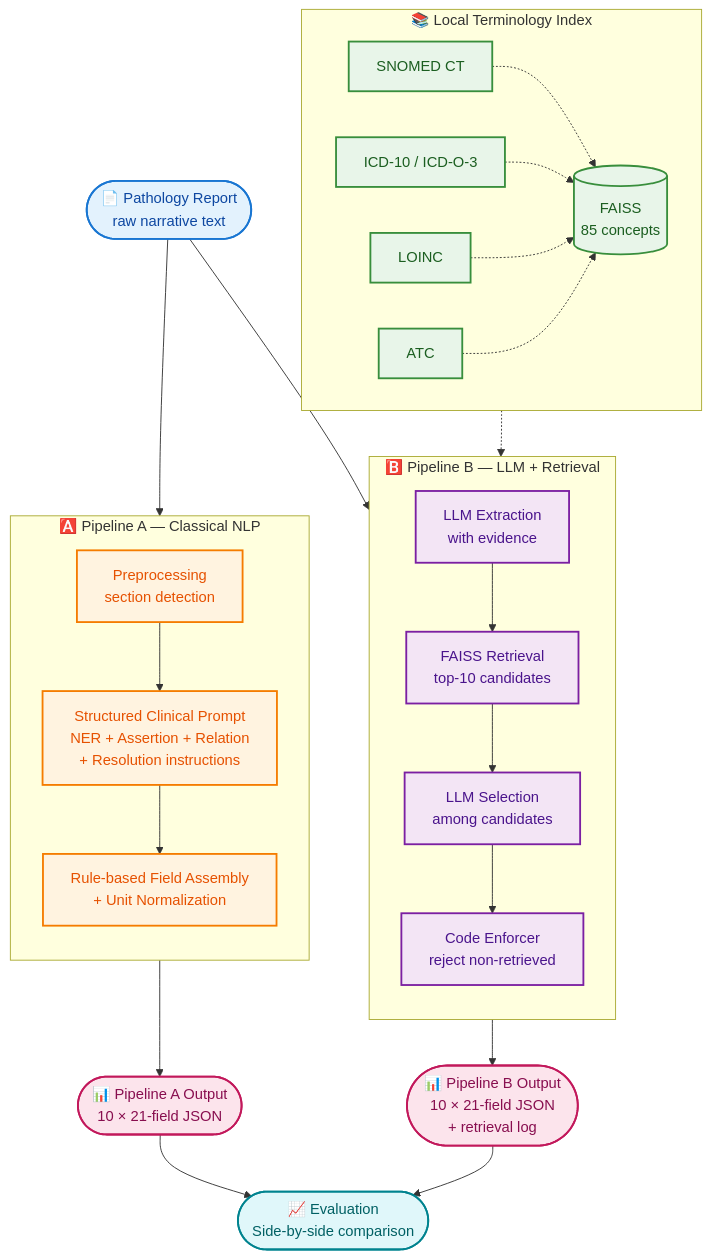
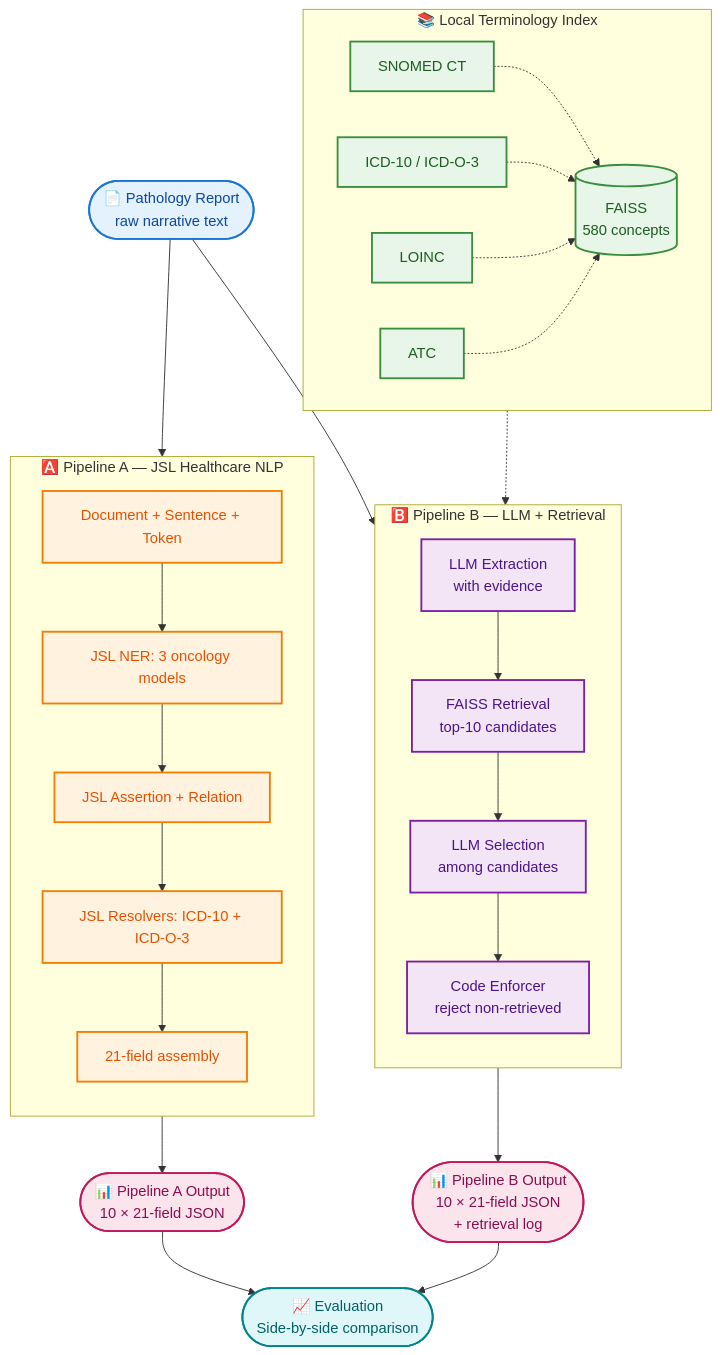
The diagram in SUBMISSION.md (Junaidchohan/Oncology_Registry_Extraction), drawn with Mermaid before and after one commit. The commit also changed other lines of this file and 2 other files, not shown here.

Commit message:
Update documentation for JSL architecture and setup requirements

````diff
--- a/SUBMISSION.md
+++ b/SUBMISSION.md
@@ -37,60 +40,60 @@
 ```mermaid
 flowchart TB
     Input([📄 Pathology Report<br/>raw narrative text])
 
-    subgraph A["🅰️ Pipeline A — Classical NLP"]
+    subgraph A["🅰️ Pipeline A — JSL Healthcare NLP"]
         direction TB
-        A1[Preprocessing<br/>section detection]
-        A2[Structured Clinical Prompt<br/>NER + Assertion + Relation<br/>+ Resolution instructions]
-        A3[Rule-based Field Assembly<br/>+ Unit Normalization]
-        A1 --> A2 --> A3
+        A1[Document + Sentence + Token] --> A2[JSL NER: 3 oncology models]
+        A2 --> A3[JSL Assertion + Relation]
+        A3 --> A4[JSL Resolvers: ICD-10 + ICD-O-3]
+        A4 --> A5[21-field assembly]
     end
 
     subgraph B["🅱️ Pipeline B — LLM + Retrieval"]
         direction TB
         B1[LLM Extraction<br/>with evidence]
         B2[FAISS Retrieval<br/>top-10 candidates]
         B3[LLM Selection<br/>among candidates]
         B4[Code Enforcer<br/>reject non-retrieved]
         B1 --> B2 --> B3 --> B4
     end
 
     subgraph T["📚 Local Terminology Index"]
         direction LR
-        T1[(FAISS<br/>85 concepts)]
+        T1[(FAISS<br/>580 concepts)]
         T2[SNOMED CT]
         T3[ICD-10 / ICD-O-3]
         T4[LOINC]
         T5[ATC]
         T2 -.-> T1
         T3 -.-> T1
         T4 -.-> T1
         T5 -.-> T1
     end
 
     OutA([📊 Pipeline A Output<br/>10 × 21-field JSON])
     OutB([📊 Pipeline B Output<br/>10 × 21-field JSON<br/>+ retrieval log])
     Eval([📈 Evaluation<br/>Side-by-side comparison])
 
     Input --> A1
     Input --> B1
     T1 -.-> B2
-    A3 --> OutA
+    A5 --> OutA
     B4 --> OutB
     OutA --> Eval
     OutB --> Eval
 
     classDef inputStyle fill:#e3f2fd,stroke:#1976d2,stroke-width:2px,color:#0d47a1
     classDef pAStyle fill:#fff3e0,stroke:#f57c00,stroke-width:2px,color:#e65100
     classDef pBStyle fill:#f3e5f5,stroke:#7b1fa2,stroke-width:2px,color:#4a148c
     classDef termStyle fill:#e8f5e9,stroke:#388e3c,stroke-width:2px,color:#1b5e20
     classDef outStyle fill:#fce4ec,stroke:#c2185b,stroke-width:2px,color:#880e4f
     classDef evalStyle fill:#e0f7fa,stroke:#00838f,stroke-width:2px,color:#006064
 
     class Input inputStyle
-    class A1,A2,A3 pAStyle
+    class A1,A2,A3,A4,A5 pAStyle
     class B1,B2,B3,B4 pBStyle
     class T1,T2,T3,T4,T5 termStyle
     class OutA,OutB outStyle
     class Eval evalStyle
 ```
````
